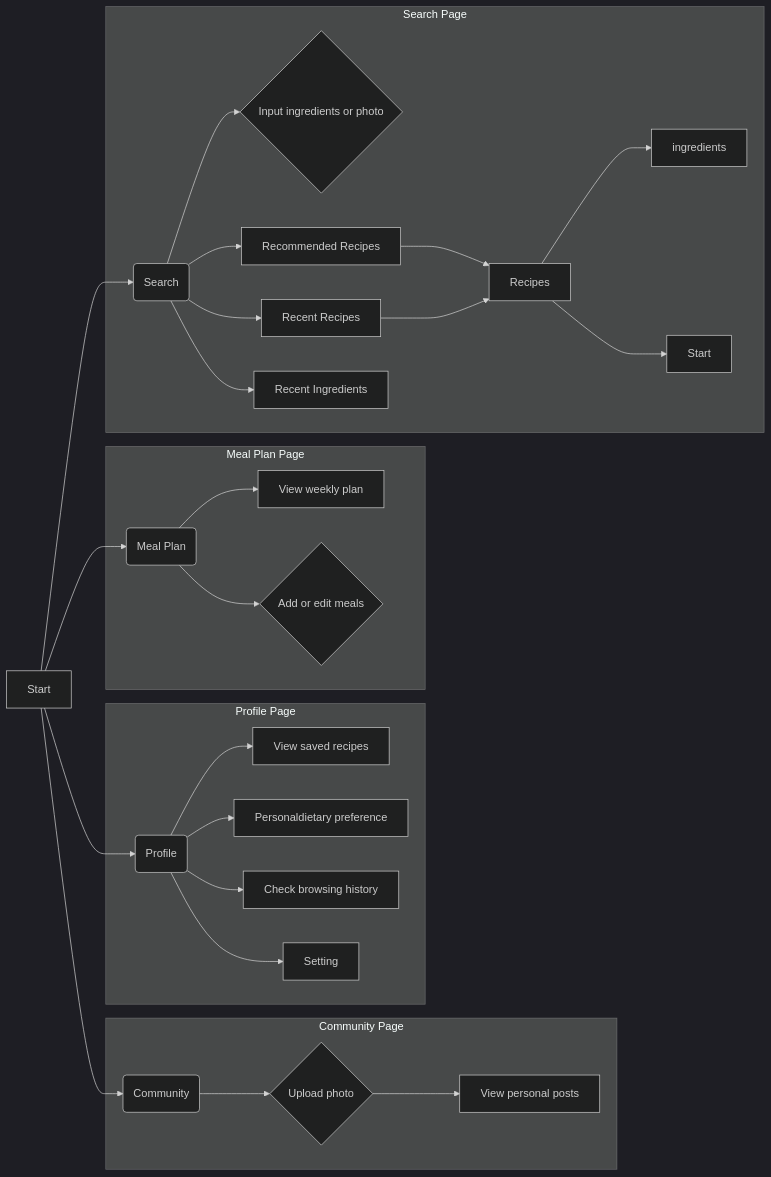
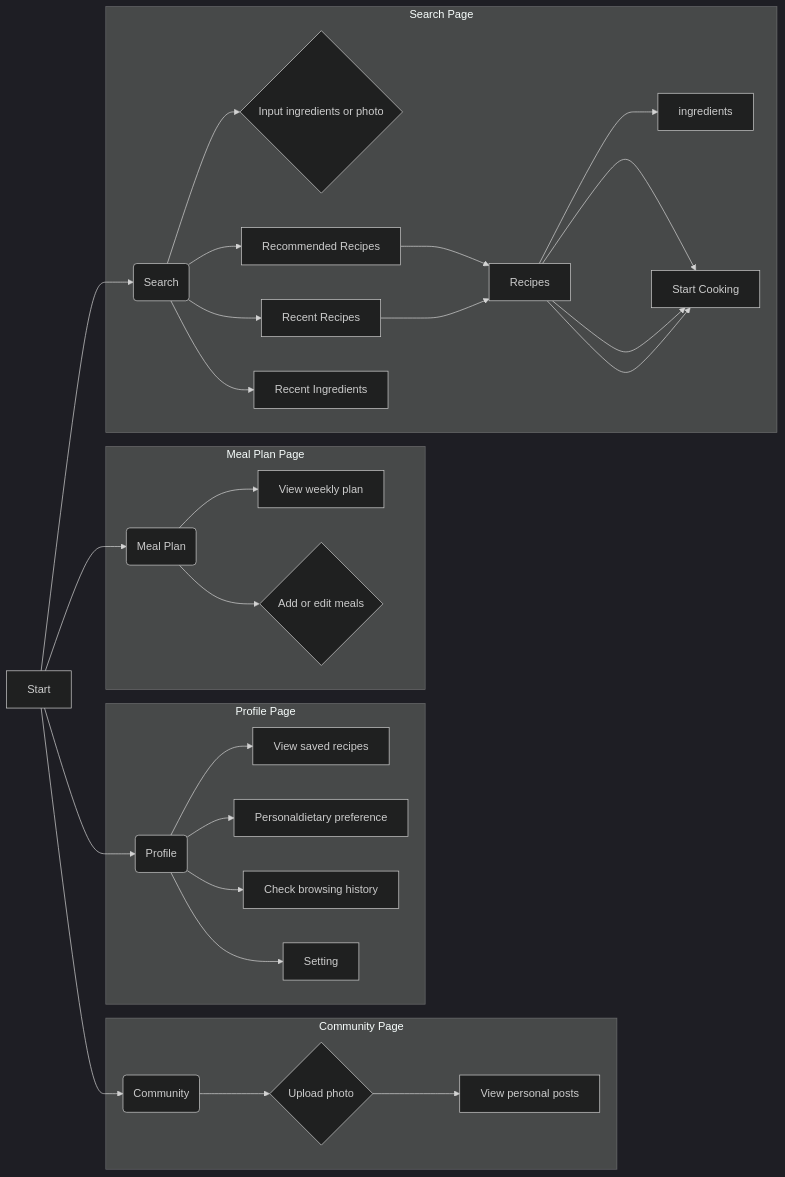
Before and after one commit to seven8301/iodraw-files: the diagram in all/未命名-2.md, drawn with Mermaid (dark theme).

Commit message:
2025-04-09 20:45:54 update

````diff
--- a/all/未命名-2.md
+++ b/all/未命名-2.md
@@ -1,35 +1,37 @@
 ```mermaid
 graph LR
     A[Start] --> B(Search);
     A --> C(Community);
     A --> D(Meal Plan);
     A --> E(Profile);
 
     
     subgraph "Profile Page"
         E --> L[View saved recipes];
         E --> Q[Personaldietary preference];
         E --> M[Check browsing history];
         E --> P[Setting];
 
         
     end
       subgraph "Meal Plan Page"
         D --> J[View weekly plan];
         D --> K{Add or edit meals};
     end
      subgraph "Community Page"
         C --> H{Upload photo};
         H --> I[View personal posts];
     end
     subgraph "Search Page"
         B --> F{Input ingredients or photo};
         B --> G[Recommended Recipes];
         G --> R[Recipes];
         O --> R[Recipes];
         R --> S[ingredients];
-        R --> T[Start];
+        R --> T[Start Cooking];
+        R --> T[Start Cooking];
+        R --> T[Start Cooking];
         B --> N[Recent Ingredients];
         B --> O[Recent Recipes];
     end
 ```
````
